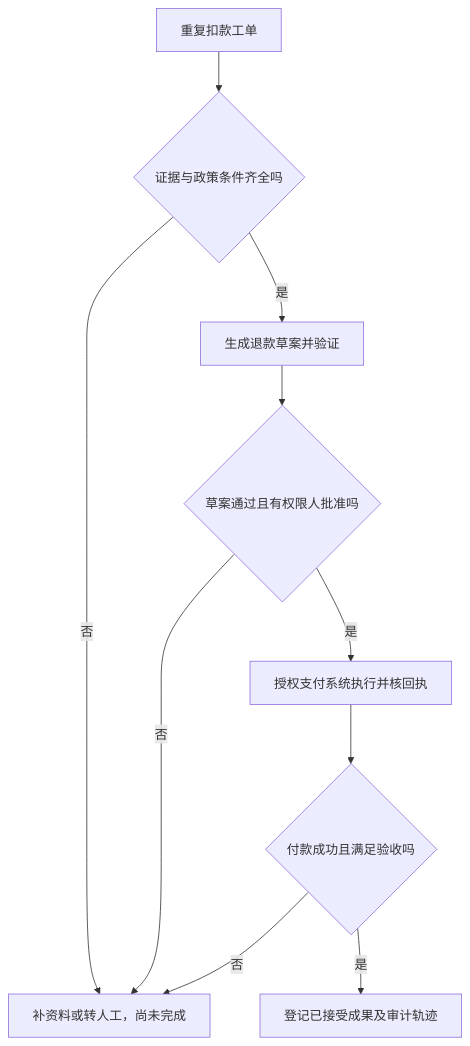
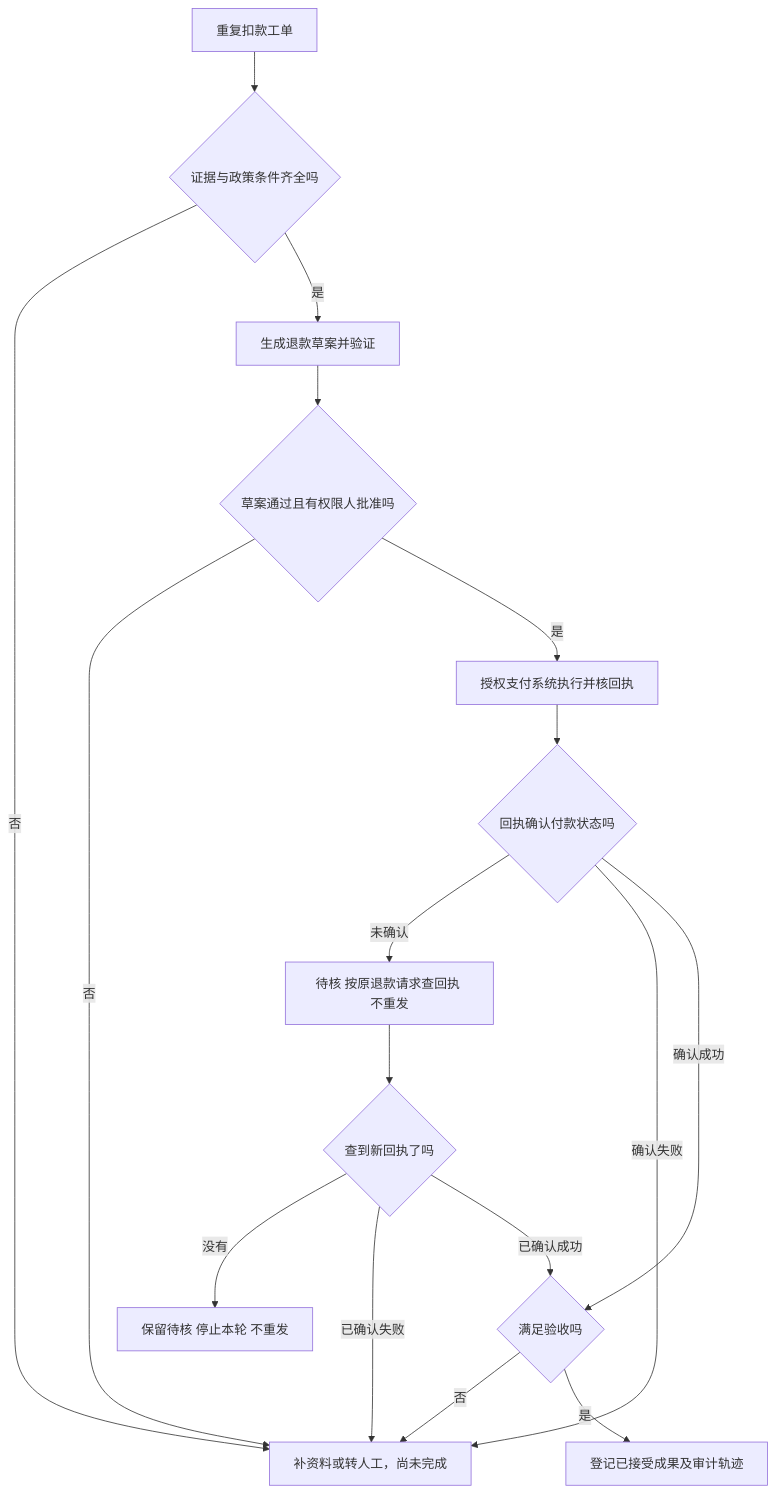
Before and after one commit to CercaTrovato/cityu-ai-course-notes: the second of 6 diagrams in IS5542_GenAI_in_Business/notes/M05-Agentic-AI时代与FDE实践.md, drawn with Mermaid. The commit also changed other lines of this file and 2300 other files, not shown here.

First line of the commit message:
完善五课程逐页学习笔记、课件原图与修补规范

````diff
--- a/IS5542_GenAI_in_Business/notes/M05-Agentic-AI时代与FDE实践.md
+++ b/IS5542_GenAI_in_Business/notes/M05-Agentic-AI时代与FDE实践.md
@@ -295,12 +603,19 @@
 ```mermaid
 flowchart TD
  A[重复扣款工单] --> B{证据与政策条件齐全吗}
  B -- 否 --> C[补资料或转人工，尚未完成]
  B -- 是 --> D[生成退款草案并验证]
  D --> E{草案通过且有权限人批准吗}
  E -- 否 --> C
  E -- 是 --> F[授权支付系统执行并核回执]
- F --> G{付款成功且满足验收吗}
- G -- 否 --> C
- G -- 是 --> H[登记已接受成果及审计轨迹]
+ F --> G{回执确认付款状态吗}
+ G -->|未确认| J[待核 按原退款请求查回执 不重发]
+ G -->|确认失败| C
+ G -->|确认成功| K{满足验收吗}
+ J --> L{查到新回执了吗}
+ L -->|没有| Z[保留待核 停止本轮 不重发]
+ L -->|已确认失败| C
+ L -->|已确认成功| K
+ K -->|否| C
+ K -->|是| H[登记已接受成果及审计轨迹]
 ```
````
